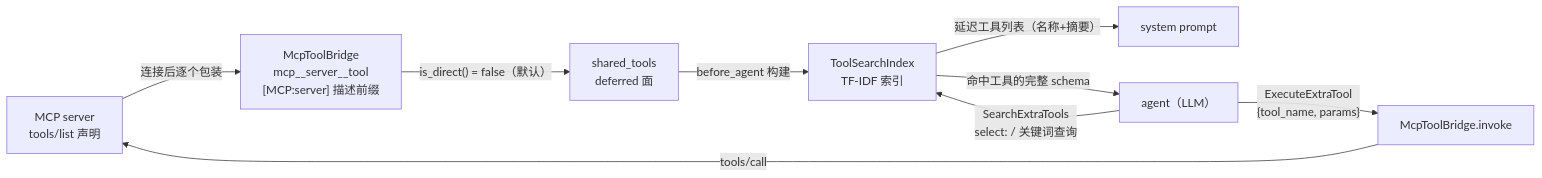
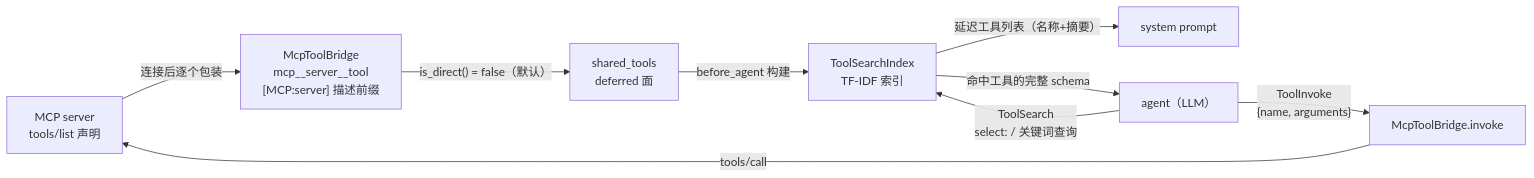
Before and after one commit to KonghaYao/peri: the second of 7 diagrams in docs/reference/mcp-ecosystem.md, drawn with Mermaid. The commit also changed other lines of this file and 68 other files, not shown here.

````diff
--- a/docs/reference/mcp-ecosystem.md
+++ b/docs/reference/mcp-ecosystem.md
@@ -155,11 +155,11 @@
 ```mermaid
 flowchart LR
     A["MCP server<br/>tools/list 声明"] -->|"连接后逐个包装"| B["McpToolBridge<br/>mcp__server__tool<br/>[MCP:server] 描述前缀"]
     B -->|"is_direct() = false（默认）"| C["shared_tools<br/>deferred 面"]
     C -->|"before_agent 构建"| D["ToolSearchIndex<br/>TF-IDF 索引"]
     D -->|"延迟工具列表（名称+摘要）"| E["system prompt"]
-    F["agent（LLM）"] -->|"SearchExtraTools<br/>select: / 关键词查询"| D
+    F["agent（LLM）"] -->|"ToolSearch<br/>select: / 关键词查询"| D
     D -->|"命中工具的完整 schema"| F
-    F -->|"ExecuteExtraTool<br/>{tool_name, params}"| G["McpToolBridge.invoke"]
+    F -->|"ToolInvoke<br/>{name, arguments}"| G["McpToolBridge.invoke"]
     G -->|"tools/call"| A
 ```
````
